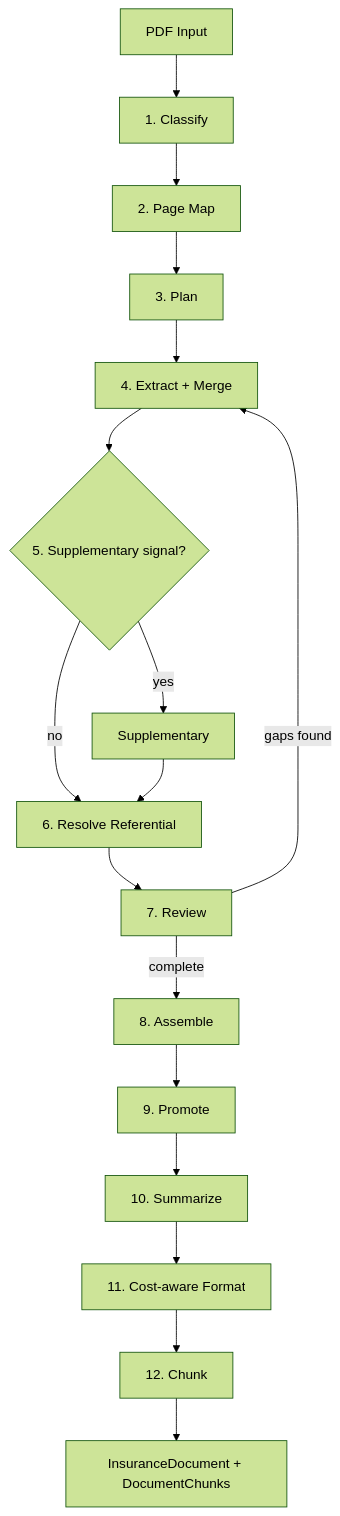
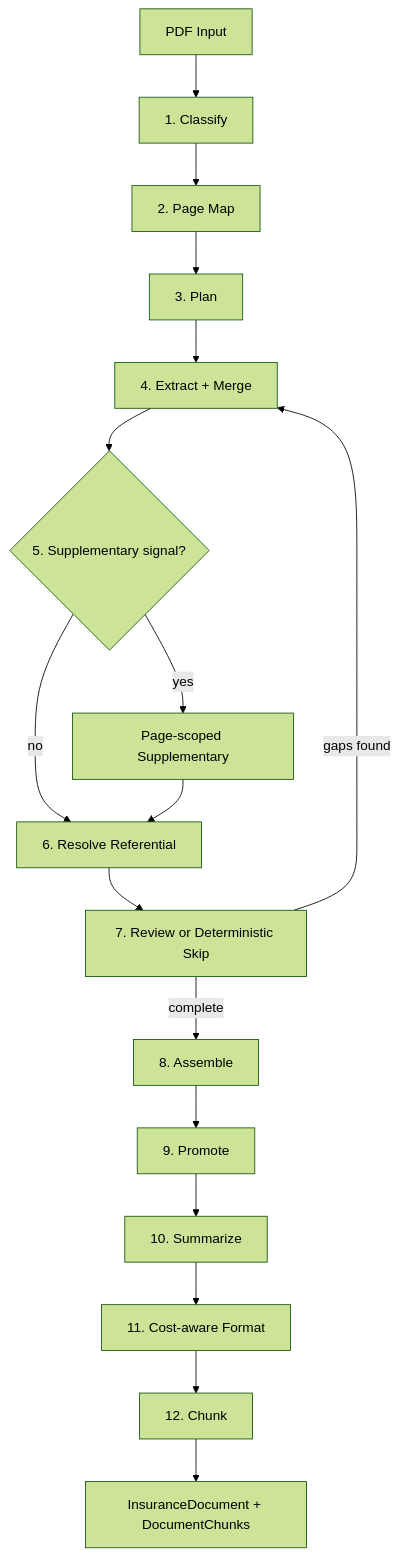
One commit to claritylabs-inc/cl-sdk changed the diagram in docs-pkg/extraction/pipeline.mdx. Above: the diagram before and after it, drawn with Mermaid (forest theme). The commit also changed other lines of this file and 16 other files, not shown here.

````diff
--- a/docs-pkg/extraction/pipeline.mdx
+++ b/docs-pkg/extraction/pipeline.mdx
@@ -38,19 +41,19 @@
 ```mermaid
 flowchart TD
     A[PDF Input] --> B[1. Classify]
     B --> C[2. Page Map]
     C --> D[3. Plan]
     D --> E[4. Extract + Merge]
     E --> F{5. Supplementary signal?}
-    F -->|yes| G[Supplementary]
+    F -->|yes| G[Page-scoped Supplementary]
     F -->|no| H[6. Resolve Referential]
     G --> H
-    H --> I[7. Review]
+    H --> I[7. Review or Deterministic Skip]
     I -->|gaps found| E
     I -->|complete| J[8. Assemble]
     J --> K[9. Promote]
     K --> L[10. Summarize]
     L --> M[11. Cost-aware Format]
     M --> N[12. Chunk]
     N --> O[InsuranceDocument + DocumentChunks]
 ```
````
